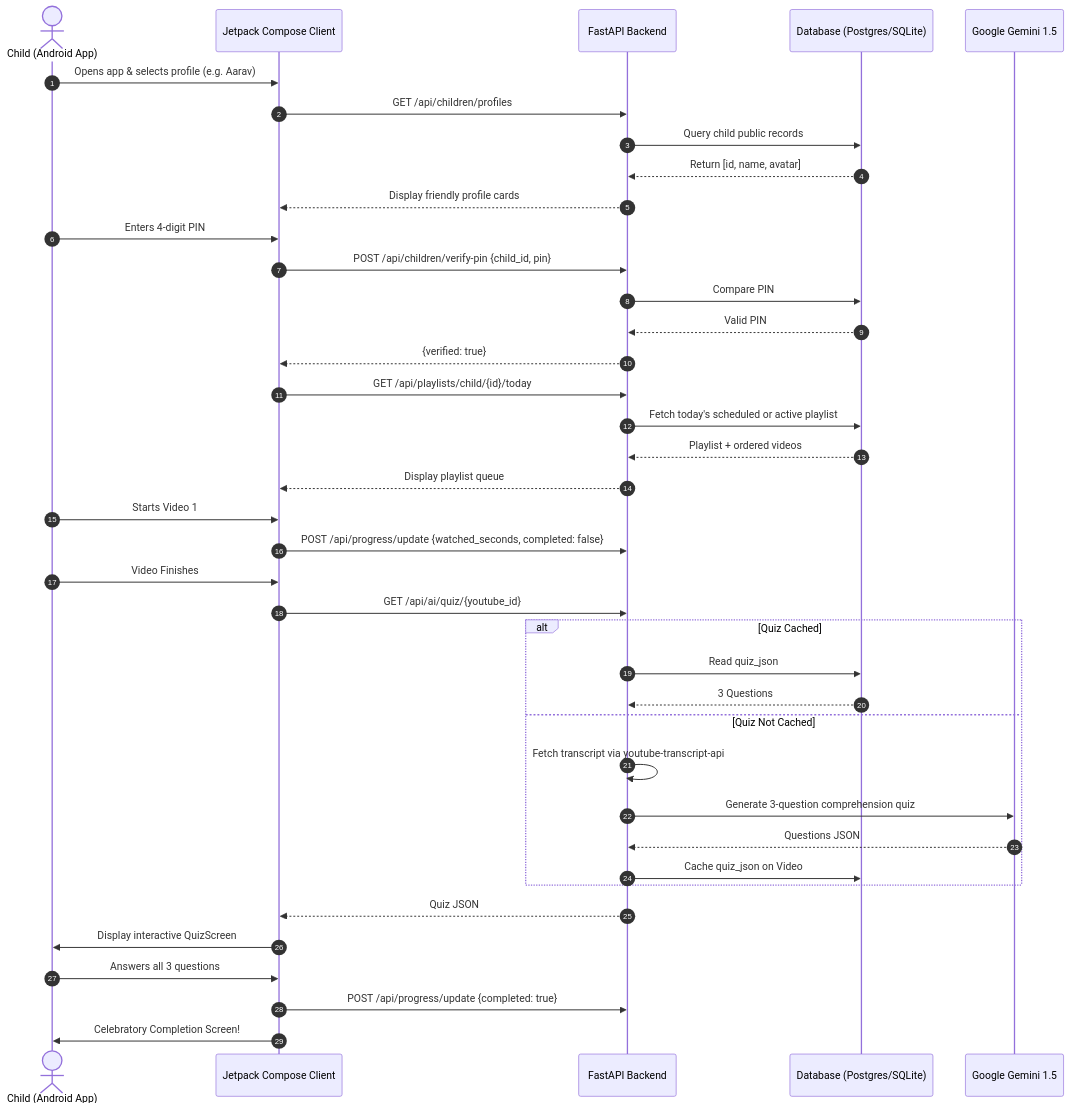
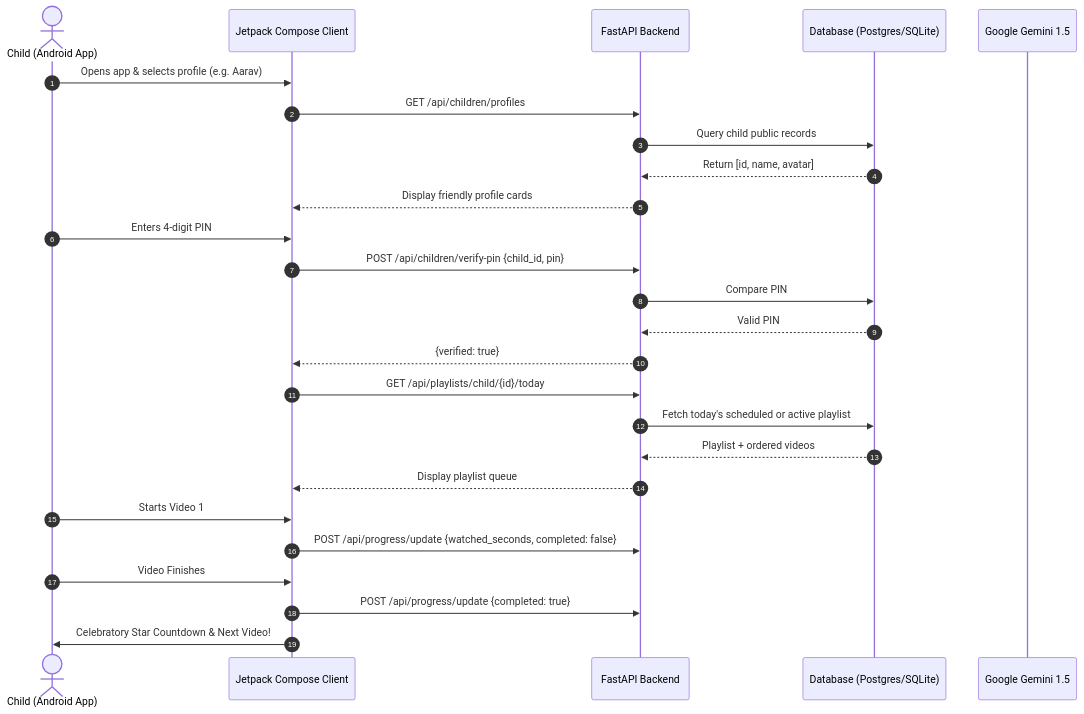
The first of 3 diagrams in PROJECT_OVERVIEW.md (Sriramchara/kidcurate), drawn with Mermaid before and after one commit. The commit also changed other lines of this file and 8 other files, not shown here.

Commit message:
Clean up legacy YouTube quiz code across backend and Android client

````diff
--- a/PROJECT_OVERVIEW.md
+++ b/PROJECT_OVERVIEW.md
@@ -55,47 +55,33 @@
 ```mermaid
 sequenceDiagram
     autonumber
     actor Kid as Child (Android App)
     participant Android as Jetpack Compose Client
     participant API as FastAPI Backend
     participant DB as Database (Postgres/SQLite)
     participant Gemini as Google Gemini 1.5
 
     Kid->>Android: Opens app & selects profile (e.g. Aarav)
     Android->>API: GET /api/children/profiles
     API->>DB: Query child public records
     DB-->>API: Return [id, name, avatar]
     API-->>Android: Display friendly profile cards
 
     Kid->>Android: Enters 4-digit PIN
     Android->>API: POST /api/children/verify-pin {child_id, pin}
     API->>DB: Compare PIN
     DB-->>API: Valid PIN
     API-->>Android: {verified: true}
 
     Android->>API: GET /api/playlists/child/{id}/today
     API->>DB: Fetch today's scheduled or active playlist
     DB-->>API: Playlist + ordered videos
     API-->>Android: Display playlist queue
 
     Kid->>Android: Starts Video 1
     Android->>API: POST /api/progress/update {watched_seconds, completed: false}
     
     Kid->>Android: Video Finishes
-    Android->>API: GET /api/ai/quiz/{youtube_id}
-    alt Quiz Cached
-        API->>DB: Read quiz_json
-        DB-->>API: 3 Questions
-    else Quiz Not Cached
-        API->>API: Fetch transcript via youtube-transcript-api
-        API->>Gemini: Generate 3-question comprehension quiz
-        Gemini-->>API: Questions JSON
-        API->>DB: Cache quiz_json on Video
-    end
-    API-->>Android: Quiz JSON
-    
-    Android->>Kid: Display interactive QuizScreen
-    Kid->>Android: Answers all 3 questions
     Android->>API: POST /api/progress/update {completed: true}
-    Android->>Kid: Celebratory Completion Screen!
+    Android->>Kid: Celebratory Star Countdown & Next Video!
 ```
````
